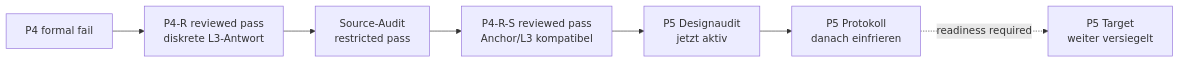
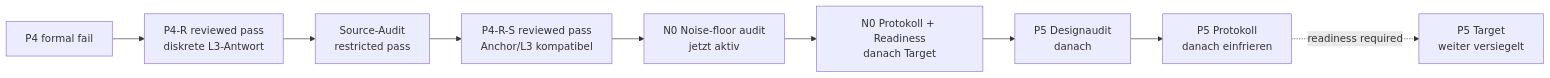
The diagram in docs/status/project_priorities.md (MemoryDynamics/Knoten), drawn with Mermaid before and after one commit. The commit also changed other lines of this file and 3 other files, not shown here.

````diff
--- a/docs/status/project_priorities.md
+++ b/docs/status/project_priorities.md
@@ -26,12 +26,14 @@
 ```mermaid
 flowchart LR
     p4["P4 formal fail"]
     p4r["P4-R reviewed pass<br/>diskrete L3-Antwort"]
     source["Source-Audit<br/>restricted pass"]
     p4rs["P4-R-S reviewed pass<br/>Anchor/L3 kompatibel"]
-    p5d["P5 Designaudit<br/>jetzt aktiv"]
+    n0d["N0 Noise-floor audit<br/>jetzt aktiv"]
+    n0p["N0 Protokoll + Readiness<br/>danach Target"]
+    p5d["P5 Designaudit<br/>danach"]
     p5p["P5 Protokoll<br/>danach einfrieren"]
     p5t["P5 Target<br/>weiter versiegelt"]
 
-    p4 --> p4r --> source --> p4rs --> p5d --> p5p -. readiness required .-> p5t
+    p4 --> p4r --> source --> p4rs --> n0d --> n0p --> p5d --> p5p -. readiness required .-> p5t
 ```
````
